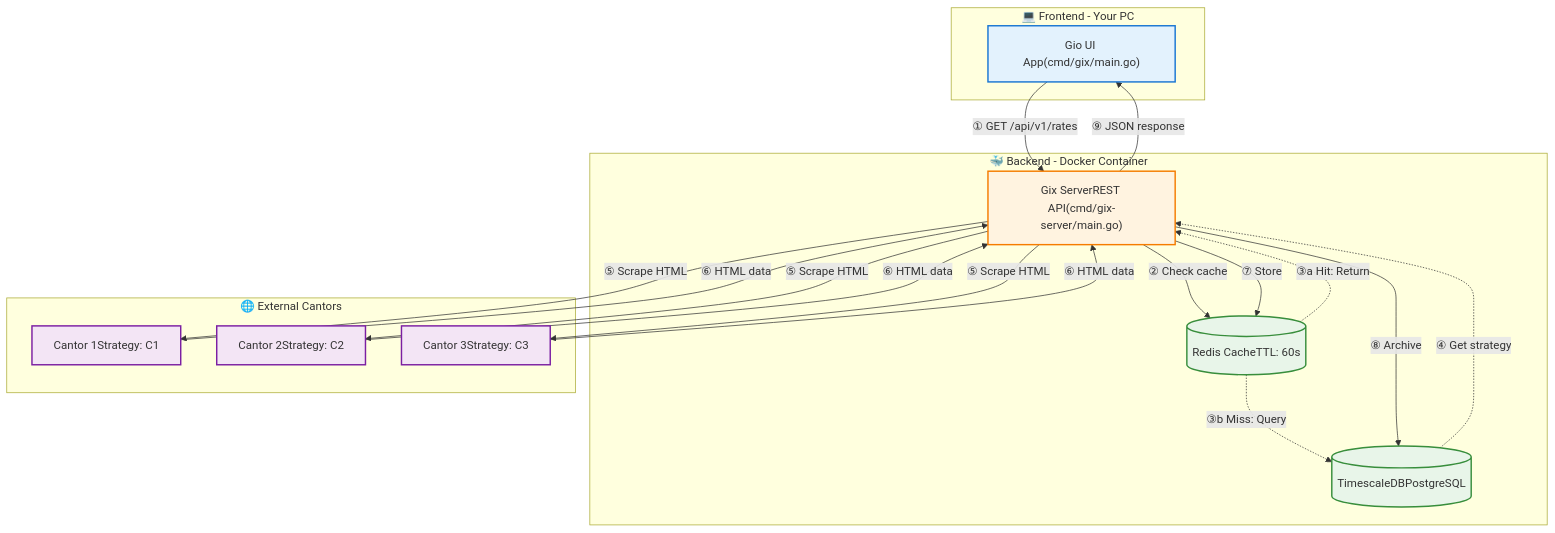
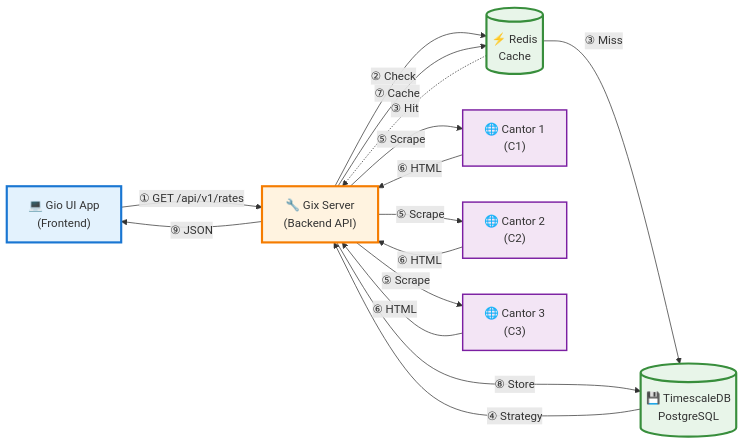
One commit to Niutaq/Gix changed the first of 2 diagrams in README.md. Above: the diagram before and after it, drawn with Mermaid. The commit also changed other lines of this file, not shown here.

````diff
--- a/README.md
+++ b/README.md
@@ -15,43 +3,35 @@
 ```mermaid
-flowchart TB
-    subgraph Frontend["💻 Frontend - Your PC"]
-        A["Gio UI App(cmd/gix/main.go)"]
-    end
-    
-    subgraph Backend["🐳 Backend - Docker Container"]
-        B["Gix ServerREST API(cmd/gix-server/main.go)"]
-        C[("Redis CacheTTL: 60s")]
-        D[("TimescaleDBPostgreSQL")]
-    end
-    
-    subgraph External["🌐 External Cantors"]
-        E["Cantor 1Strategy: C1"]
-        F["Cantor 2Strategy: C2"]
-        G["Cantor 3Strategy: C3"]
-    end
+flowchart LR
+    A["💻 Gio UI App<br/>(Frontend)"]
+    B["🔧 Gix Server<br/>(Backend API)"]
+    C[("⚡ Redis<br/>Cache")]
+    D[("💾 TimescaleDB<br/>PostgreSQL")]
+    E["🌐 Cantor 1<br/>(C1)"]
+    F["🌐 Cantor 2<br/>(C2)"]
+    G["🌐 Cantor 3<br/>(C3)"]
     
     A -->|"① GET /api/v1/rates"| B
-    B -->|"② Check cache"| C
-    C -.->|"③a Hit: Return"| B
-    C -.->|"③b Miss: Query"| D
-    D -.->|"④ Get strategy"| B
-    B -->|"⑤ Scrape HTML"| E
-    B -->|"⑤ Scrape HTML"| F
-    B -->|"⑤ Scrape HTML"| G
-    E -->|"⑥ HTML data"| B
-    F -->|"⑥ HTML data"| B
-    G -->|"⑥ HTML data"| B
-    B -->|"⑦ Store"| C
-    B -->|"⑧ Archive"| D
-    B -->|"⑨ JSON response"| A
+    B -->|"② Check"| C
+    C -.->|"③ Hit"| B
+    C -->|"③ Miss"| D
+    D -->|"④ Strategy"| B
+    B -->|"⑤ Scrape"| E
+    B -->|"⑤ Scrape"| F
+    B -->|"⑤ Scrape"| G
+    E -->|"⑥ HTML"| B
+    F -->|"⑥ HTML"| B
+    G -->|"⑥ HTML"| B
+    B -->|"⑦ Cache"| C
+    B -->|"⑧ Store"| D
+    B -->|"⑨ JSON"| A
     
-    classDef frontendStyle fill:#e3f2fd,stroke:#1976d2,stroke-width:2px
-    classDef backendStyle fill:#fff3e0,stroke:#f57c00,stroke-width:2px
-    classDef dbStyle fill:#e8f5e9,stroke:#388e3c,stroke-width:2px
-    classDef externalStyle fill:#f3e5f5,stroke:#7b1fa2,stroke-width:2px
+    classDef frontend fill:#e3f2fd,stroke:#1976d2,stroke-width:3px
+    classDef backend fill:#fff3e0,stroke:#f57c00,stroke-width:3px
+    classDef db fill:#e8f5e9,stroke:#388e3c,stroke-width:3px
+    classDef external fill:#f3e5f5,stroke:#7b1fa2,stroke-width:2px
     
-    class A frontendStyle
-    class B backendStyle
-    class C,D dbStyle
-    class E,F,G externalStyle
+    class A frontend
+    class B backend
+    class C,D db
+    class E,F,G external
 ```
````
